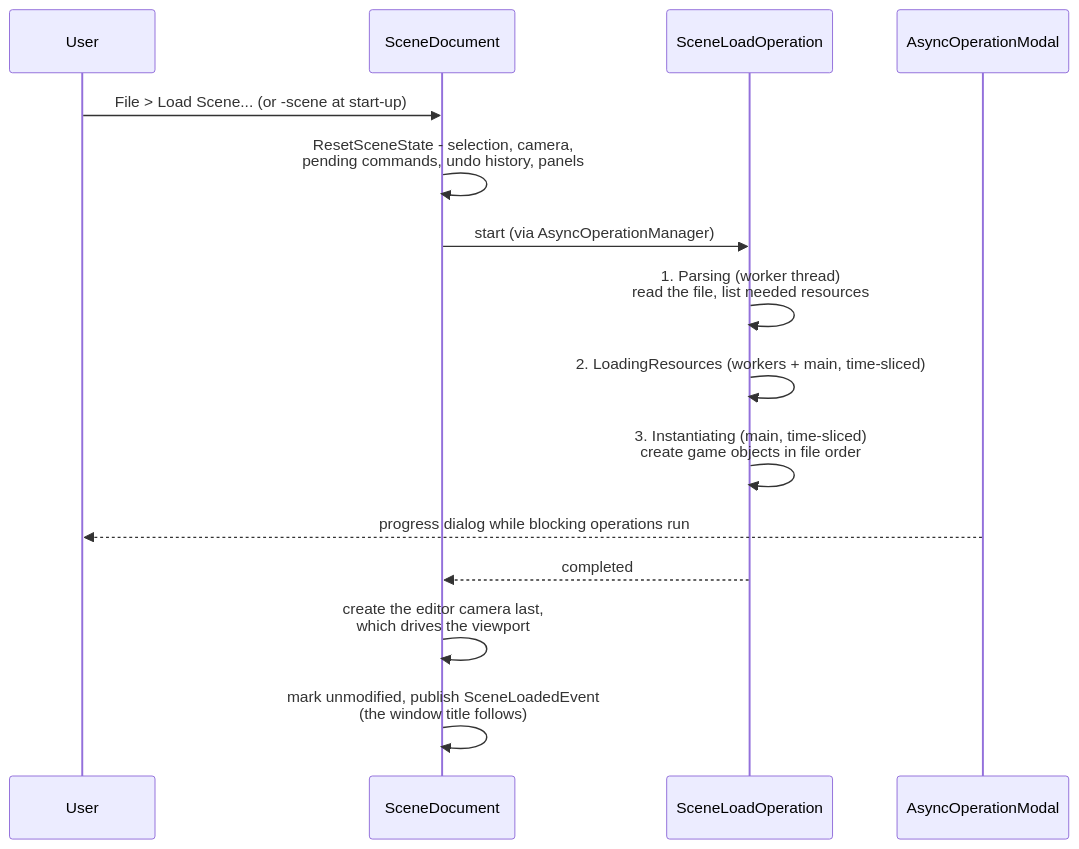
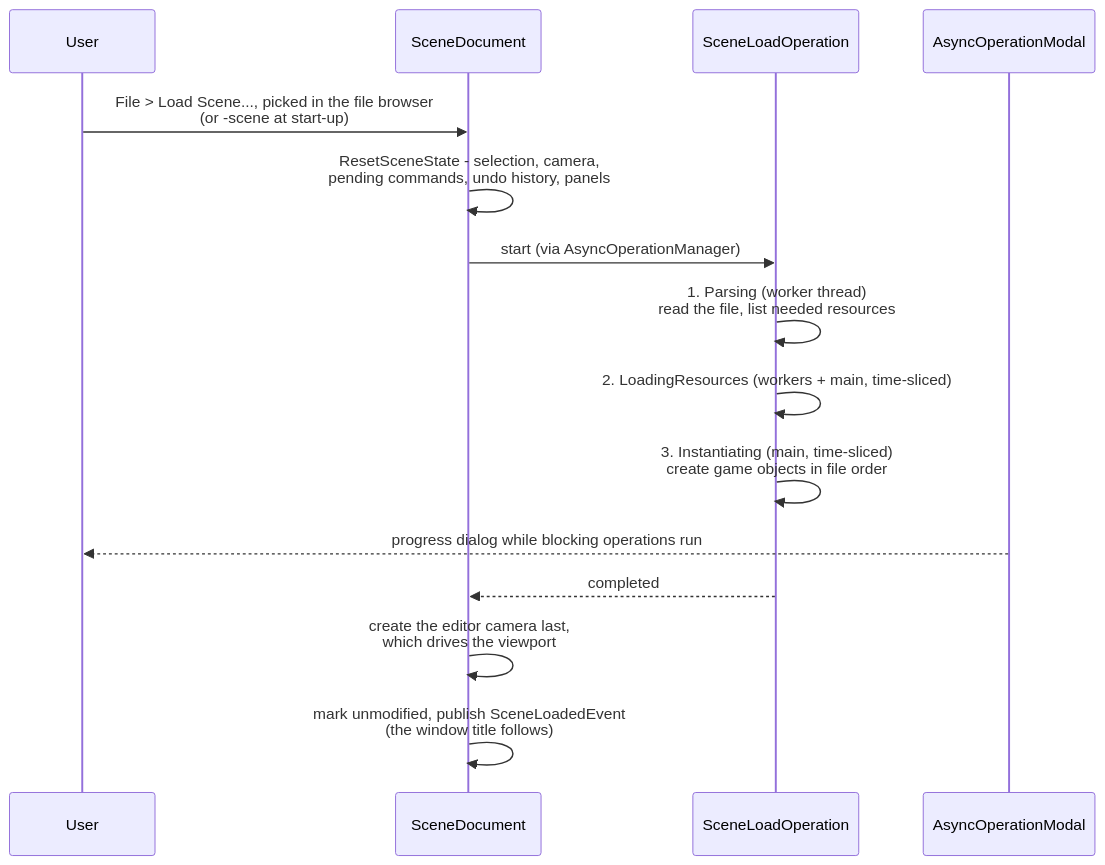
Before and after one commit to b1nary0/RZE: the second of 3 diagrams in Docs/Generated/Engine/07-Editor/Editor-Overview.md, drawn with Mermaid. The commit also changed other lines of this file and 22 other files, not shown here.

````diff
--- a/Docs/Generated/Engine/07-Editor/Editor-Overview.md
+++ b/Docs/Generated/Engine/07-Editor/Editor-Overview.md
@@ -65,18 +70,18 @@
 ```mermaid
 %%{init: {'flowchart': {'subGraphTitleMargin': {'top': 6, 'bottom': 10}}, 'themeCSS': '.labelBkg, .edgeLabel { background-color: var(--background-primary) !important; } .messageText, .labelText, .loopText { paint-order: stroke; stroke: var(--background-primary); stroke-width: 5px; stroke-linejoin: round; }'}}%%
 sequenceDiagram
     participant User
     participant App as SceneDocument
     participant Op as SceneLoadOperation
     participant Modal as AsyncOperationModal
-    User->>App: File > Load Scene... (or -scene at start-up)
+    User->>App: File > Load Scene..., picked in the file browser<br/>(or -scene at start-up)
     App->>App: ResetSceneState - selection, camera,<br/>pending commands, undo history, panels
     App->>Op: start (via AsyncOperationManager)
     Op->>Op: 1. Parsing (worker thread)<br/>read the file, list needed resources
     Op->>Op: 2. LoadingResources (workers + main, time-sliced)
     Op->>Op: 3. Instantiating (main, time-sliced)<br/>create game objects in file order
     Modal-->>User: progress dialog while blocking operations run
     Op-->>App: completed
     App->>App: create the editor camera last,<br/>which drives the viewport
     App->>App: mark unmodified, publish SceneLoadedEvent<br/>(the window title follows)
 ```
````
